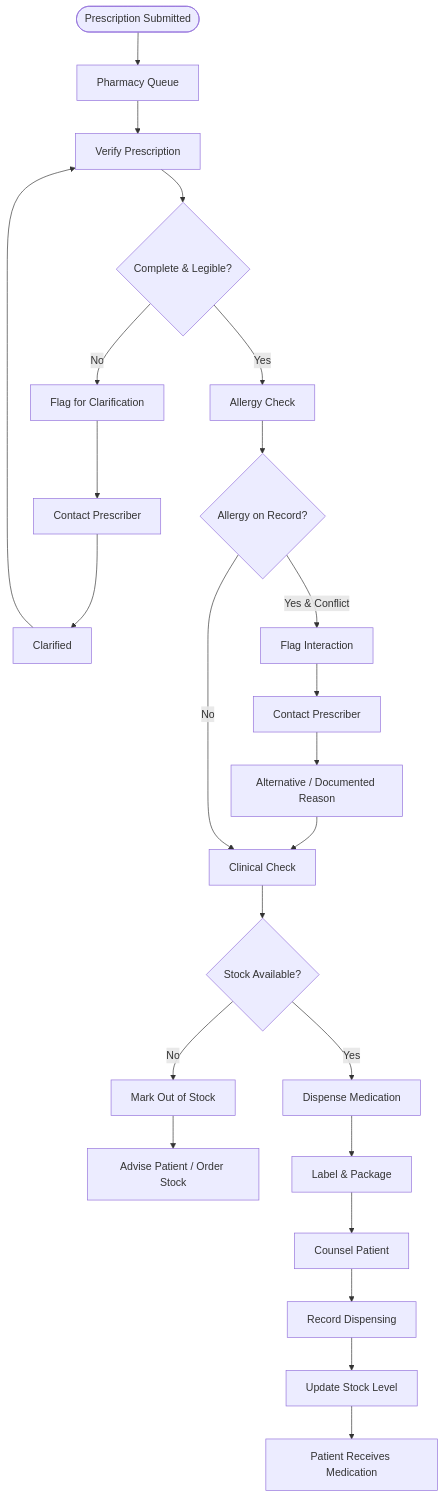
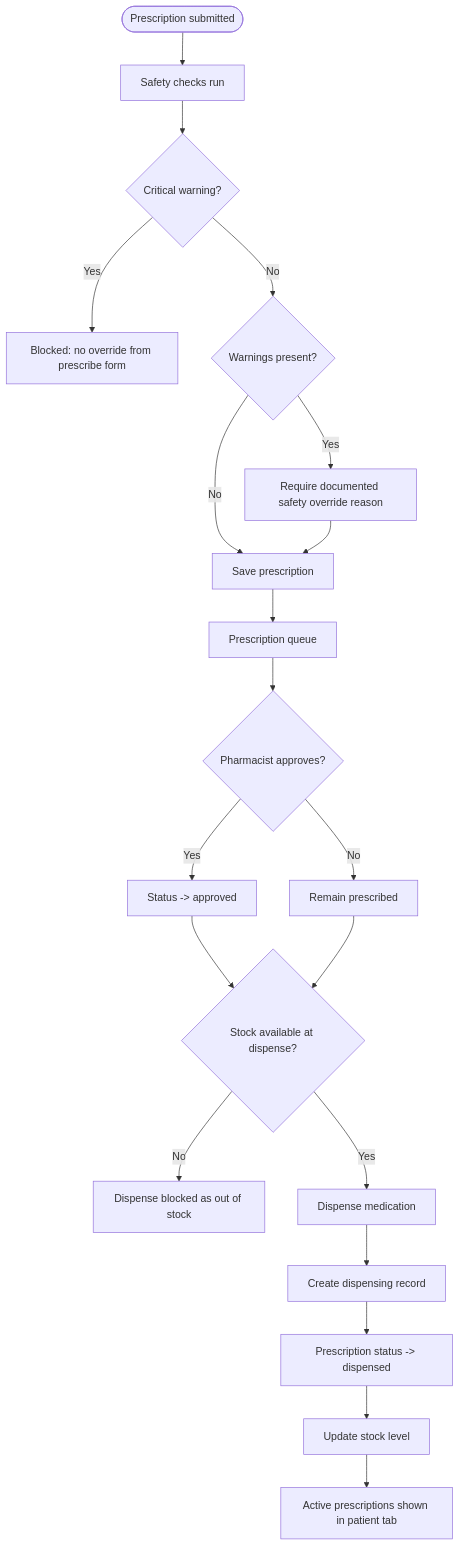
One commit to JosephMponda/GrandGaze changed the diagram in docs/workflows/06-pharmacy-workflow.md. Above: the diagram before and after it, drawn with Mermaid. The commit also changed 6 other files, not shown here.

Commit message:
Update workflow diagrams to match current app

````diff
--- a/docs/workflows/06-pharmacy-workflow.md
+++ b/docs/workflows/06-pharmacy-workflow.md
@@ -3,26 +3,22 @@
 ```mermaid
 flowchart TD
-    A([Prescription Submitted]) --> B[Pharmacy Queue]
-    B --> C[Verify Prescription]
-    C --> D{Complete & Legible?}
-    D -->|No| E[Flag for Clarification]
-    E --> F[Contact Prescriber]
-    F --> G[Clarified]
-    G --> C
-    D -->|Yes| H[Allergy Check]
-    H --> I{Allergy on Record?}
-    I -->|Yes & Conflict| J[Flag Interaction]
-    J --> K[Contact Prescriber]
-    K --> L[Alternative / Documented Reason]
-    L --> M[Clinical Check]
-    I -->|No| M
-    M --> N{Stock Available?}
-    N -->|No| O[Mark Out of Stock]
-    O --> P[Advise Patient / Order Stock]
-    N -->|Yes| Q[Dispense Medication]
-    Q --> R[Label & Package]
-    R --> S[Counsel Patient]
-    S --> T[Record Dispensing]
-    T --> U[Update Stock Level]
-    U --> V[Patient Receives Medication]
+    A([Prescription submitted]) --> B[Safety checks run]
+    B --> C{Critical warning?}
+    C -->|Yes| D[Blocked: no override from prescribe form]
+    C -->|No| E{Warnings present?}
+    E -->|Yes| F[Require documented safety override reason]
+    E -->|No| G[Save prescription]
+    F --> G
+    G --> H[Prescription queue]
+    H --> I{Pharmacist approves?}
+    I -->|Yes| J[Status -> approved]
+    I -->|No| K[Remain prescribed]
+    J --> L{Stock available at dispense?}
+    K --> L
+    L -->|No| M[Dispense blocked as out of stock]
+    L -->|Yes| N[Dispense medication]
+    N --> O[Create dispensing record]
+    O --> P[Prescription status -> dispensed]
+    P --> Q[Update stock level]
+    Q --> R[Active prescriptions shown in patient tab]
 ```
````
